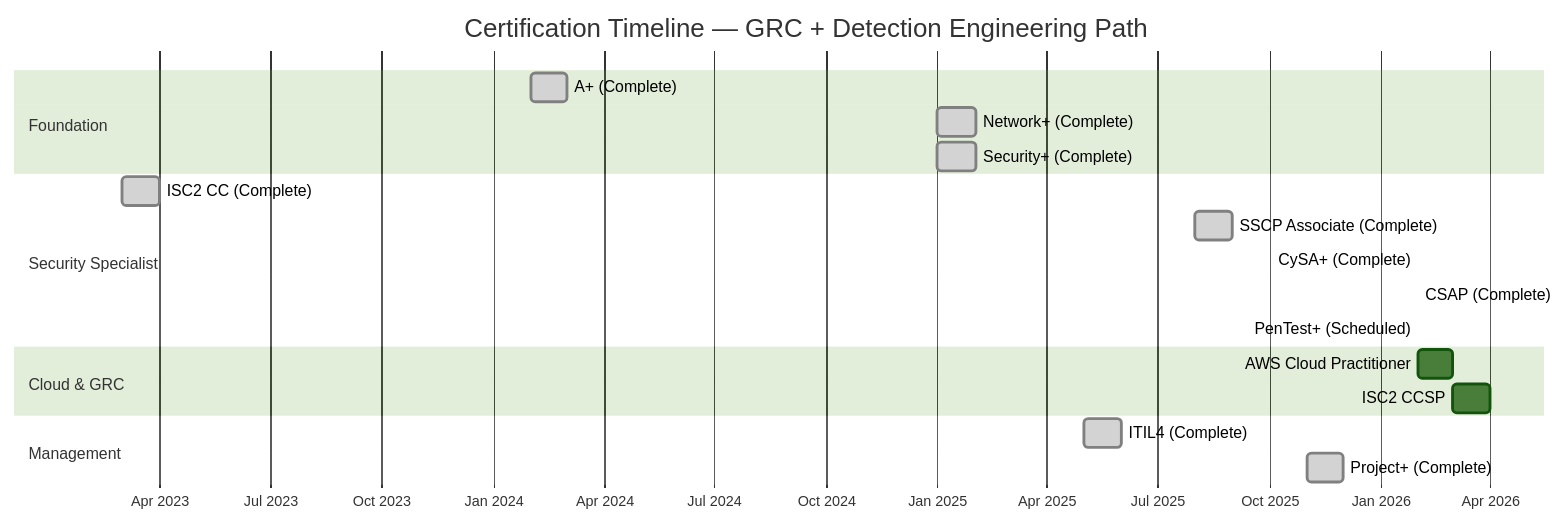
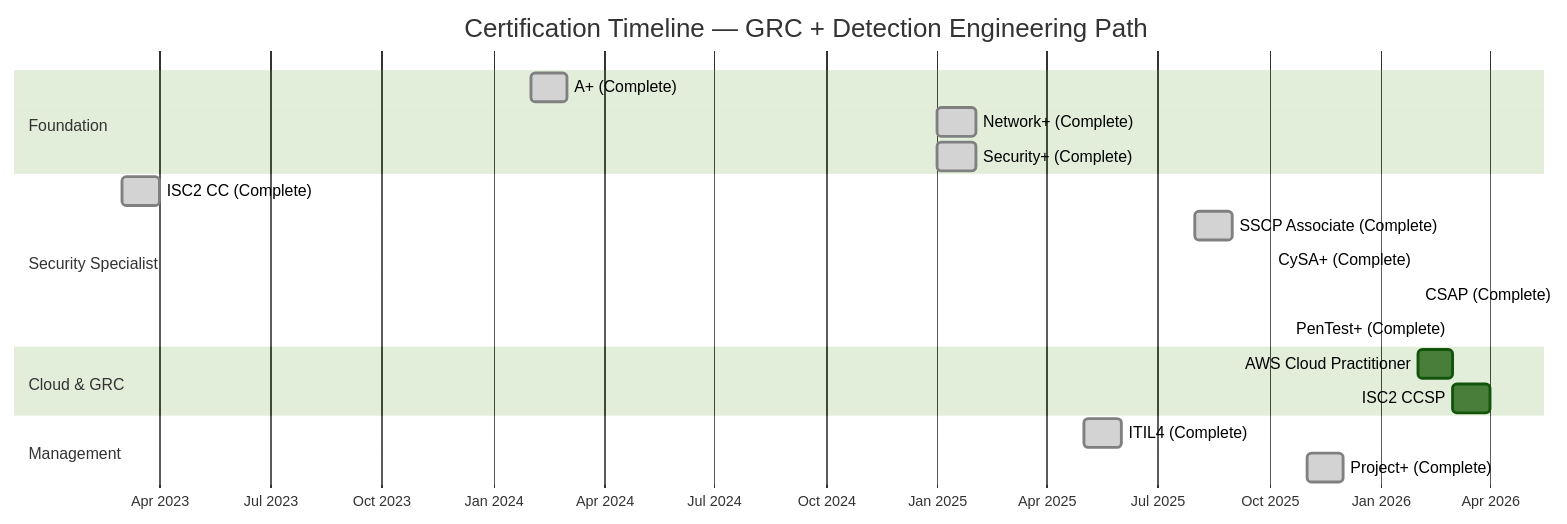
The diagram in docs/certifications.md (Pharns/portfolio), drawn with Mermaid (forest theme) before and after one commit. The commit also changed other lines of this file and 4 other files, not shown here.

First line of the commit message:
docs: PenTest+ passed, BSCSIA completed March 2026

````diff
--- a/docs/certifications.md
+++ b/docs/certifications.md
@@ -16,26 +16,26 @@
 ```mermaid
 gantt
     title Certification Timeline — GRC + Detection Engineering Path
     dateFormat YYYY-MM
     axisFormat %b %Y
 
     section Foundation
     A+ (Complete)           :done, 2024-02, 2024-03
     Network+ (Complete)     :done, 2025-01, 2025-02
     Security+ (Complete)    :done, 2025-01, 2025-02
 
     section Security Specialist
     ISC2 CC (Complete)      :done, 2023-03, 2023-04
     SSCP Associate (Complete) :done, 2025-08, 2025-09
     CySA+ (Complete)        :done, 2026-02, 2026-02
     CSAP (Complete)         :done, 2026-02, 2026-02
-    PenTest+ (Scheduled)    :active, 2026-02, 2026-02
+    PenTest+ (Complete)     :done, 2026-03, 2026-03
 
     section Cloud & GRC
     AWS Cloud Practitioner  :2026-02, 2026-03
     ISC2 CCSP              :2026-03, 2026-04
 
     section Management
     ITIL4 (Complete)        :done, 2025-05, 2025-06
     Project+ (Complete)     :done, 2025-11, 2025-12
 ```
````
